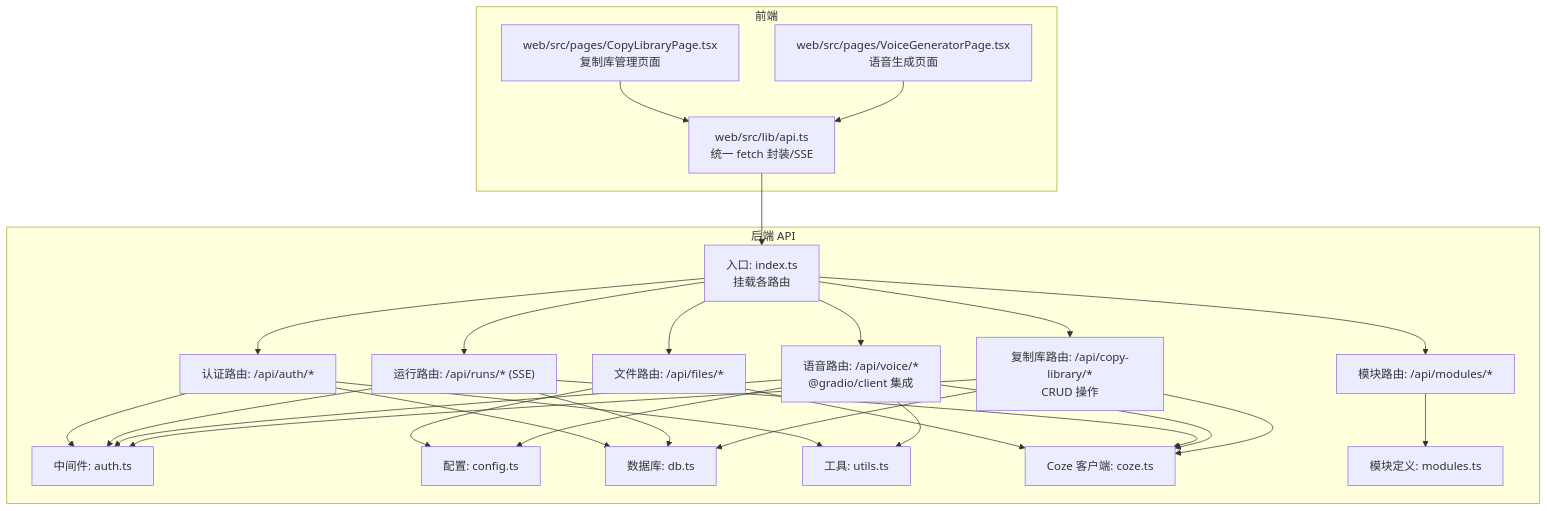
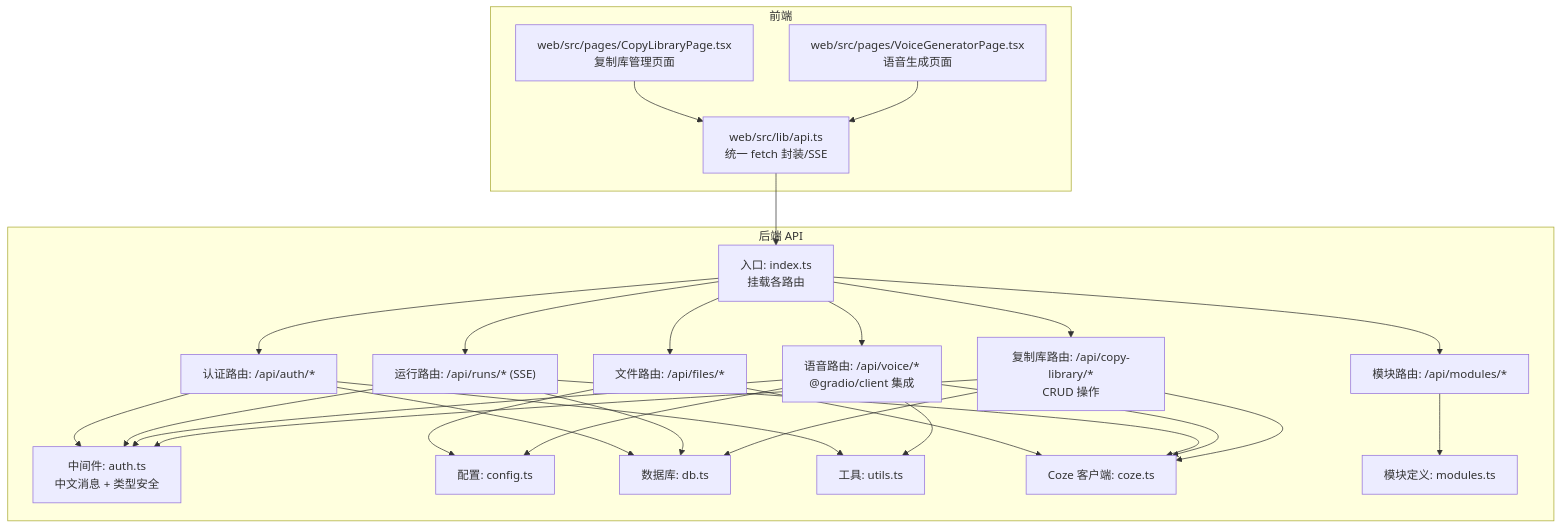
One commit to hanksd769-droid/sailshub changed the first of 9 diagrams in .qoder/repowiki/zh/content/API 接口文档/API 接口文档.md. Above: the diagram before and after it, drawn with Mermaid. The commit also changed other lines of this file and 4 other files, not shown here.

````diff
--- a/.qoder/repowiki/zh/content/API 接口文档/API 接口文档.md
+++ b/.qoder/repowiki/zh/content/API 接口文档/API 接口文档.md
@@ -57,48 +56,48 @@
 ```mermaid
 graph TB
 subgraph "后端 API"
 IDX["入口: index.ts<br/>挂载各路由"]
 AUTH["认证路由: /api/auth/*"]
 MODS["模块路由: /api/modules/*"]
 FILES["文件路由: /api/files/*"]
 RUNS["运行路由: /api/runs/* (SSE)"]
 VOICE["语音路由: /api/voice/*<br/>@gradio/client 集成"]
 COPYLIB["复制库路由: /api/copy-library/*<br/>CRUD 操作"]
-MW["中间件: auth.ts"]
+MW["中间件: auth.ts<br/>中文消息 + 类型安全"]
 CFG["配置: config.ts"]
 DB["数据库: db.ts"]
 UTIL["工具: utils.ts"]
 COZE["Coze 客户端: coze.ts"]
 MODDEF["模块定义: modules.ts"]
 end
 subgraph "前端"
 WEBAPI["web/src/lib/api.ts<br/>统一 fetch 封装/SSE"]
 COPYPAGE["web/src/pages/CopyLibraryPage.tsx<br/>复制库管理页面"]
 VOICEPAGE["web/src/pages/VoiceGeneratorPage.tsx<br/>语音生成页面"]
 end
 IDX --> AUTH
 IDX --> MODS
 IDX --> FILES
 IDX --> RUNS
 IDX --> VOICE
 IDX --> COPYLIB
 AUTH --> MW
 AUTH --> DB
 AUTH --> UTIL
 MODS --> MODDEF
 FILES --> CFG
 FILES --> COZE
 RUNS --> MW
 RUNS --> DB
 RUNS --> COZE
 VOICE --> MW
 VOICE --> CFG
 VOICE --> COZE
 VOICE --> UTIL
 COPYLIB --> MW
 COPYLIB --> DB
 COPYLIB --> COZE
 WEBAPI --> IDX
 COPYPAGE --> WEBAPI
 VOICEPAGE --> WEBAPI
 ```
````
